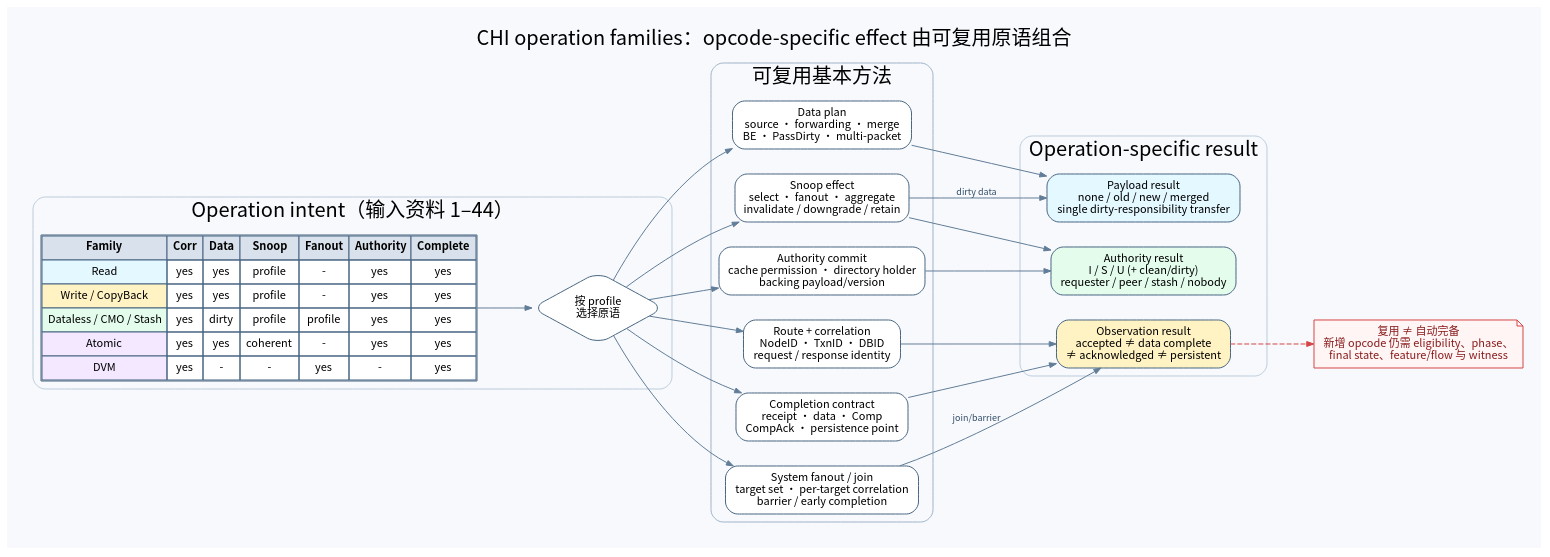
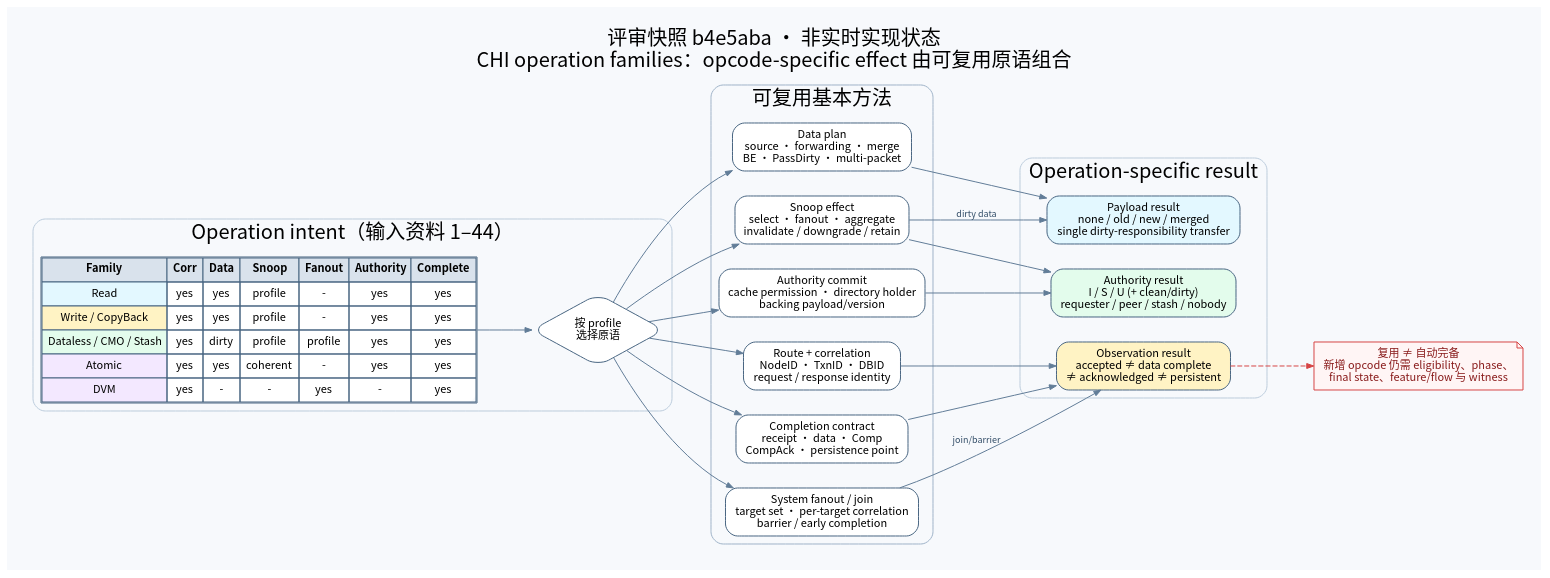
Before and after one commit to WhiteDeerPro/PROTOCOL_MODEL: the diagram in docs/reviews/assets/chi-injected-flow-digest/operation-families.dot, drawn with Graphviz. The commit also changed 29 other files, not shown here.

```diff
--- a/docs/reviews/assets/chi-injected-flow-digest/operation-families.dot
+++ b/docs/reviews/assets/chi-injected-flow-digest/operation-families.dot
@@ -1,132 +1,132 @@
 digraph chi_operation_families {
   graph [
     rankdir=LR,
     bgcolor="#f7f9fc",
     pad=0.25,
     nodesep=0.35,
     ranksep=0.75,
     fontname="Noto Sans CJK SC",
-    label="CHI operation families：opcode-specific effect 由可复用原语组合",
+    label="评审快照 b4e5aba · 非实时实现状态\nCHI operation families：opcode-specific effect 由可复用原语组合",
     labelloc=t,
     fontsize=20
   ];
   node [
     shape=box,
     style="rounded,filled",
     color="#486581",
     fillcolor="#ffffff",
     fontname="Noto Sans CJK SC",
     fontsize=11,
     margin="0.12,0.08"
   ];
   edge [
     color="#627d98",
     fontcolor="#334e68",
     fontname="Noto Sans CJK SC",
     fontsize=9,
     arrowsize=0.7
   ];
 
   subgraph cluster_families {
     label="Operation intent（输入资料 1–44）";
     color="#bcccdc";
     style="rounded";
 
     family_matrix [
       shape=plain,
       label=<
         <TABLE BORDER="1" CELLBORDER="1" CELLSPACING="0" CELLPADDING="5">
           <TR>
             <TD BGCOLOR="#D9E2EC"><B>Family</B></TD>
             <TD BGCOLOR="#D9E2EC"><B>Corr</B></TD>
             <TD BGCOLOR="#D9E2EC"><B>Data</B></TD>
             <TD BGCOLOR="#D9E2EC"><B>Snoop</B></TD>
             <TD BGCOLOR="#D9E2EC"><B>Fanout</B></TD>
             <TD BGCOLOR="#D9E2EC"><B>Authority</B></TD>
             <TD BGCOLOR="#D9E2EC"><B>Complete</B></TD>
           </TR>
           <TR><TD BGCOLOR="#E3F8FF">Read</TD><TD>yes</TD><TD>yes</TD><TD>profile</TD><TD>-</TD><TD>yes</TD><TD>yes</TD></TR>
           <TR><TD BGCOLOR="#FFF3C4">Write / CopyBack</TD><TD>yes</TD><TD>yes</TD><TD>profile</TD><TD>-</TD><TD>yes</TD><TD>yes</TD></TR>
           <TR><TD BGCOLOR="#E3FCEC">Dataless / CMO / Stash</TD><TD>yes</TD><TD>dirty</TD><TD>profile</TD><TD>profile</TD><TD>yes</TD><TD>yes</TD></TR>
           <TR><TD BGCOLOR="#F3E8FF">Atomic</TD><TD>yes</TD><TD>yes</TD><TD>coherent</TD><TD>-</TD><TD>yes</TD><TD>yes</TD></TR>
           <TR><TD BGCOLOR="#F3E8FF">DVM</TD><TD>yes</TD><TD>-</TD><TD>-</TD><TD>yes</TD><TD>-</TD><TD>yes</TD></TR>
         </TABLE>
       >
     ];
     compose [
       shape=diamond,
       fillcolor="#ffffff",
       label="按 profile\n选择原语"
     ];
     family_matrix -> compose;
   }
 
   subgraph cluster_methods {
     label="可复用基本方法";
     color="#9fb3c8";
     style="rounded";
 
     correlation [
       label="Route + correlation\nNodeID · TxnID · DBID\nrequest / response identity"
     ];
     data_plan [
       label="Data plan\nsource · forwarding · merge\nBE · PassDirty · multi-packet"
     ];
     snoop [
       label="Snoop effect\nselect · fanout · aggregate\ninvalidate / downgrade / retain"
     ];
     fanout [
       label="System fanout / join\ntarget set · per-target correlation\nbarrier / early completion"
     ];
     authority [
       label="Authority commit\ncache permission · directory holder\nbacking payload/version"
     ];
     completion [
       label="Completion contract\nreceipt · data · Comp\nCompAck · persistence point"
     ];
   }
 
   subgraph cluster_results {
     label="Operation-specific result";
     color="#bcccdc";
     style="rounded";
 
     payload_result [
       fillcolor="#e3f8ff",
       label="Payload result\nnone / old / new / merged\nsingle dirty-responsibility transfer"
     ];
     permission_result [
       fillcolor="#e3fcec",
       label="Authority result\nI / S / U (+ clean/dirty)\nrequester / peer / stash / nobody"
     ];
     observation_result [
       fillcolor="#fff3c4",
       label="Observation result\naccepted ≠ data complete\n≠ acknowledged ≠ persistent"
     ];
   }
 
   compose -> correlation;
   compose -> data_plan;
   compose -> snoop;
   compose -> fanout;
   compose -> authority;
   compose -> completion;
 
   data_plan -> payload_result;
   snoop -> payload_result [label="dirty data"];
   snoop -> permission_result;
   fanout -> observation_result [label="join/barrier"];
   authority -> permission_result;
   correlation -> observation_result;
   completion -> observation_result;
 
   boundary [
     shape=note,
     style="filled",
     color="#d64545",
     fillcolor="#fff5f5",
     fontcolor="#8a1c1c",
     label="复用 ≠ 自动完备\n新增 opcode 仍需 eligibility、phase、\nfinal state、feature/flow 与 witness"
   ];
   observation_result -> boundary [style=dashed, color="#d64545"];
 }
```
